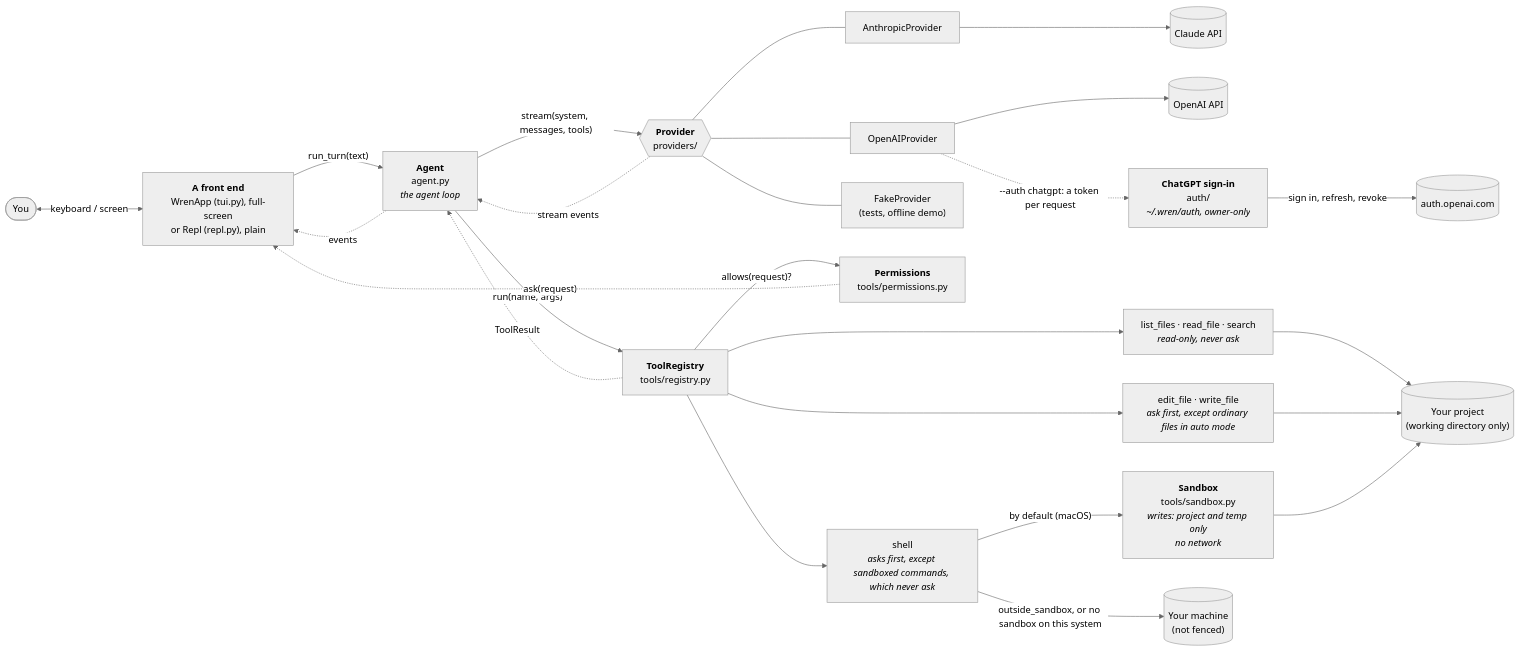
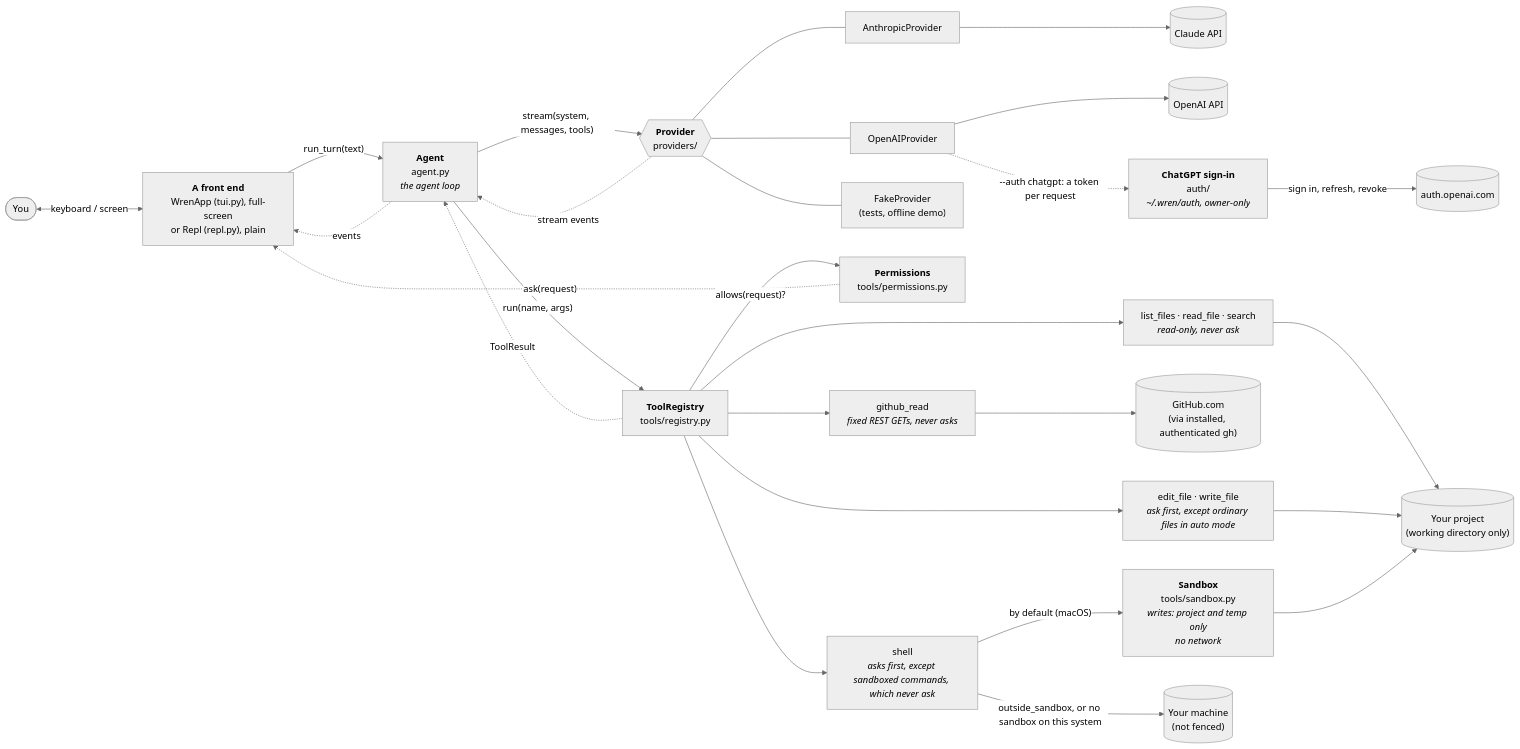
One commit to bensullivan2002/wren changed the diagram in docs/ARCHITECTURE.md. Above: the diagram before and after it, drawn with Mermaid (neutral theme). The commit also changed other lines of this file and 8 other files, not shown here.

Commit message:
Add dedicated read-only GitHub tool

````diff
--- a/docs/ARCHITECTURE.md
+++ b/docs/ARCHITECTURE.md
@@ -11,22 +11,23 @@
 ```mermaid
 flowchart LR
     you([You]) <-->|keyboard / screen| ui["<b>A front end</b><br/>WrenApp (tui.py), full-screen<br/>or Repl (repl.py), plain"]
     ui -->|"run_turn(text)"| agent["<b>Agent</b><br/>agent.py<br/><i>the agent loop</i>"]
     agent -.->|events| ui
     agent -->|"stream(system, messages, tools)"| provider{{"<b>Provider</b><br/>providers/"}}
     provider -.->|stream events| agent
     provider --- anthropic["AnthropicProvider"] --> api[("Claude API")]
     provider --- openai["OpenAIProvider"] --> oai[("OpenAI API")]
     openai -.->|"--auth chatgpt: a token per request"| auth["<b>ChatGPT sign-in</b><br/>auth/<br/><i>~/.wren/auth, owner-only</i>"]
     auth -->|"sign in, refresh, revoke"| oaiauth[("auth.openai.com")]
     provider --- fake["FakeProvider<br/>(tests, offline demo)"]
     agent -->|"run(name, args)"| registry["<b>ToolRegistry</b><br/>tools/registry.py"]
     registry -.->|ToolResult| agent
     registry -->|"allows(request)?"| perms["<b>Permissions</b><br/>tools/permissions.py"]
     perms -.->|"ask(request)"| ui
     registry --> ro["list_files · read_file · search<br/><i>read-only, never ask</i>"] --> fs[("Your project<br/>(working directory only)")]
+    registry --> gh["github_read<br/><i>fixed REST GETs, never asks</i>"] --> github[("GitHub.com<br/>(via installed, authenticated gh)")]
     registry --> rw["edit_file · write_file<br/><i>ask first, except ordinary files in auto mode</i>"] --> fs
     registry --> sh["shell<br/><i>asks first, except sandboxed commands, which never ask</i>"]
     sh -->|"by default (macOS)"| sb["<b>Sandbox</b><br/>tools/sandbox.py<br/><i>writes: project and temp only<br/>no network</i>"] --> fs
     sh -->|"outside_sandbox, or no sandbox on this system"| os[("Your machine<br/>(not fenced)")]
 ```
````
